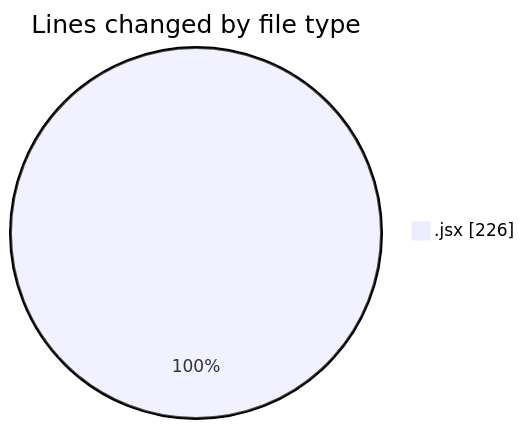
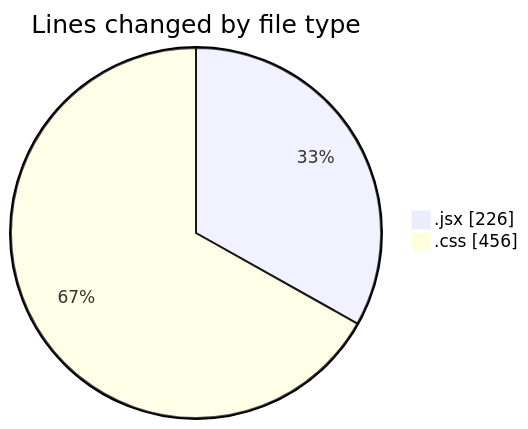
Before and after one commit to BS-eng2023/code-tracking: the first of 2 diagrams in 2025-05-08/recipe-app/README.md, drawn with Mermaid. The commit also changed other lines of this file and 1 other file, not shown here.

````diff
--- a/2025-05-08/recipe-app/README.md
+++ b/2025-05-08/recipe-app/README.md
@@ -21,5 +22,6 @@
 ```mermaid
 pie showData
 title Lines changed by file type
 ".jsx" : 226
+".css" : 456
 ```
````
